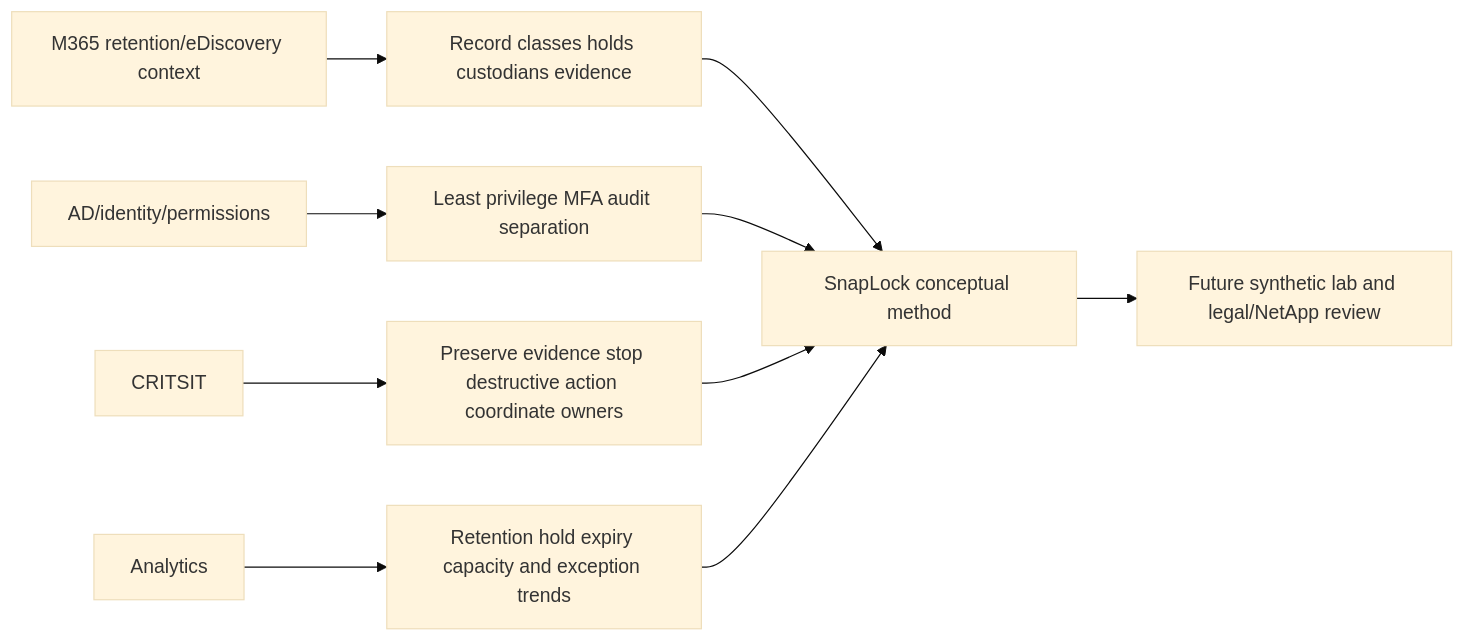
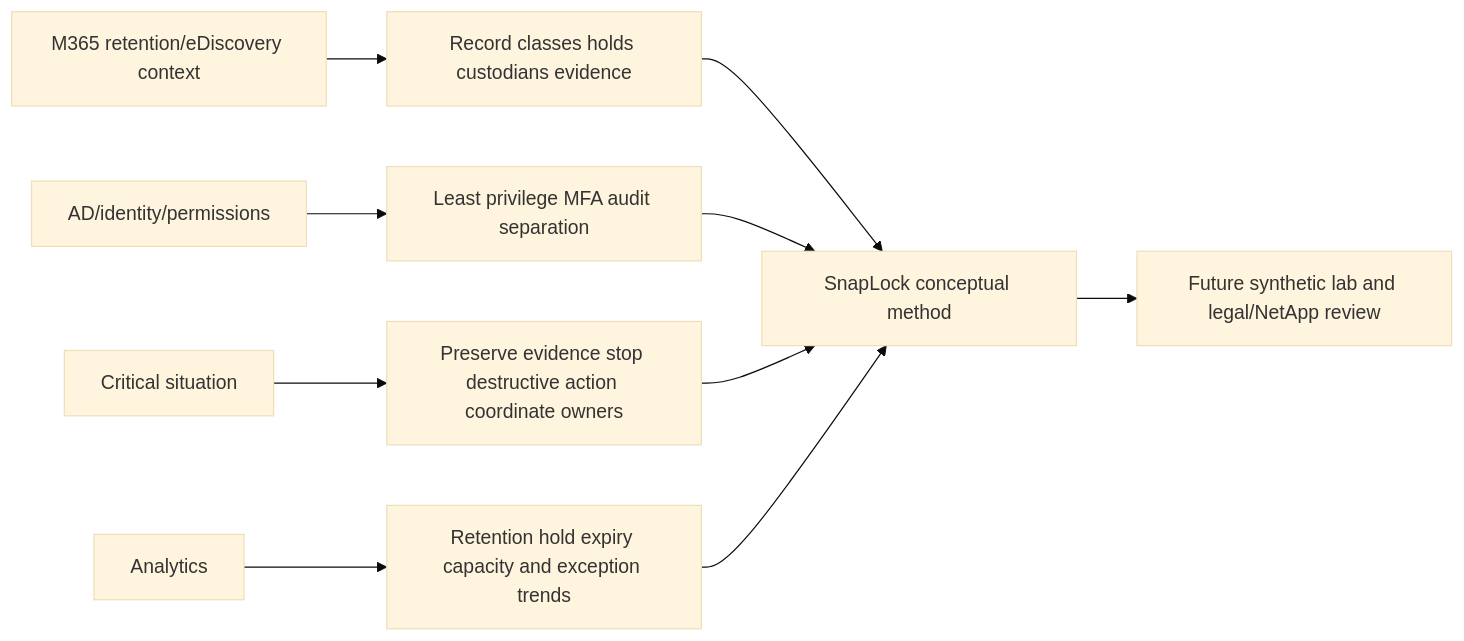
One commit to hichauhan-in/Interview-Prep changed diagram 23 of 24 in NetApp TAM/prep/Part-39-snaplock-immutability-retention.md. Above: the diagram before and after it, drawn with Mermaid (base theme). The commit also changed other lines of this file and 493 other files, not shown here.

````diff
--- a/NetApp TAM/prep/Part-39-snaplock-immutability-retention.md
+++ b/NetApp TAM/prep/Part-39-snaplock-immutability-retention.md
@@ -687,12 +687,12 @@
 ```mermaid
 flowchart LR
     M365[M365 retention/eDiscovery context] --> GOV[Record classes holds custodians evidence]
     IAM[AD/identity/permissions] --> PRIV[Least privilege MFA audit separation]
-    CRIT[CRITSIT] --> SAFE[Preserve evidence stop destructive action coordinate owners]
+    CRIT[Critical situation] --> SAFE[Preserve evidence stop destructive action coordinate owners]
     BI[Analytics] --> CAP[Retention hold expiry capacity and exception trends]
     GOV --> SL[SnapLock conceptual method]
     PRIV --> SL
     SAFE --> SL
     CAP --> SL
     SL --> LAB[Future synthetic lab and legal/NetApp review]
 ```
````
